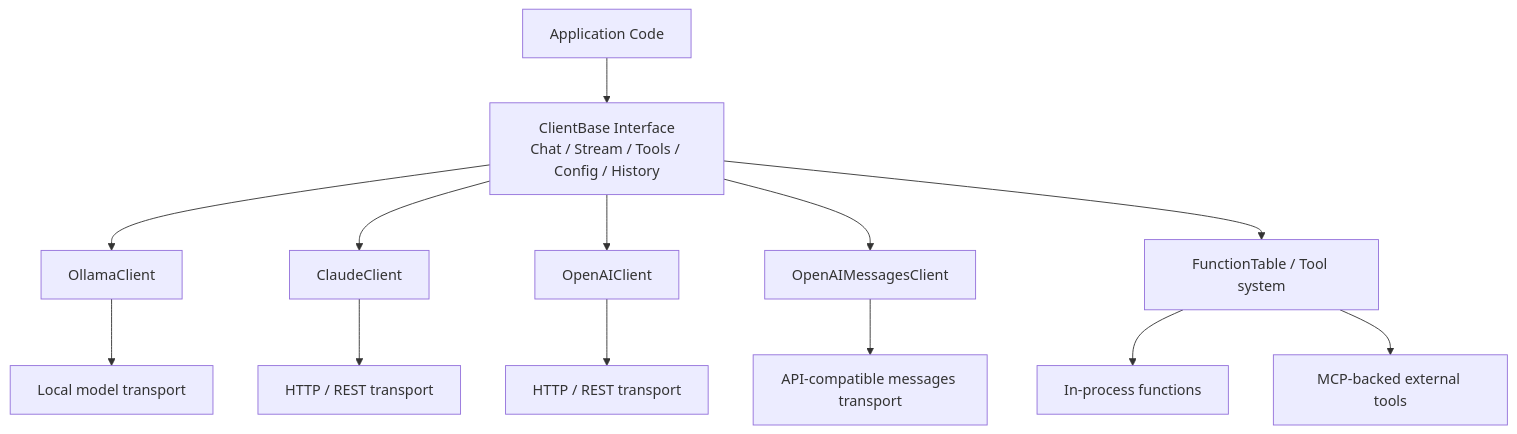
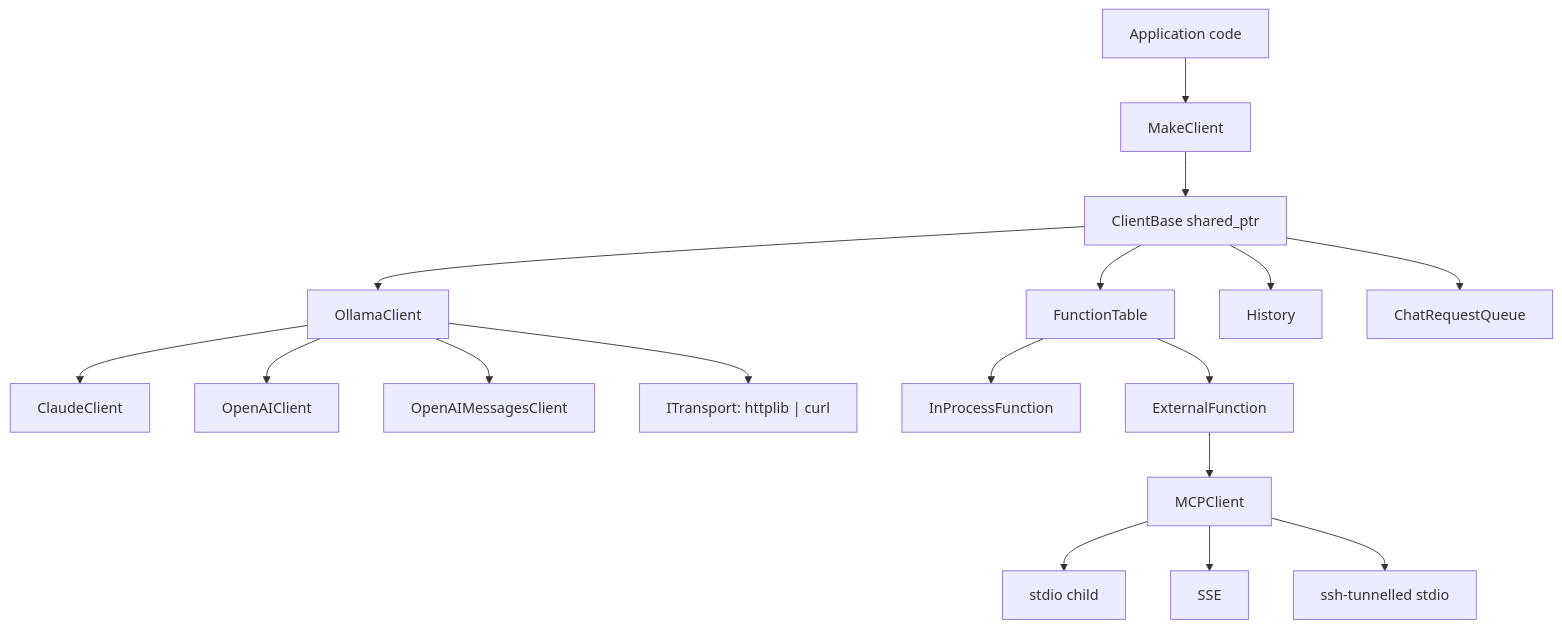
The diagram in README.md (eranif/assistant), drawn with Mermaid before and after one commit. The commit also changed other lines of this file and 9 other files, not shown here.

````diff
--- a/README.md
+++ b/README.md
@@ -96,17 +65,23 @@
 ```mermaid
-flowchart TD
-  App[Application Code] --> Base[ClientBase Interface\nChat / Stream / Tools / Config / History]
+flowchart TB
+  App[Application code] --> Factory[MakeClient]
+  Factory --> Base[ClientBase shared_ptr]
+
   Base --> Ollama[OllamaClient]
-  Base --> Claude[ClaudeClient]
-  Base --> OpenAI[OpenAIClient]
-  Base --> OpenAIMsg[OpenAIMessagesClient]
+  Ollama --> Claude[ClaudeClient]
+  Ollama --> OpenAI[OpenAIClient]
+  Ollama --> OpenAIMsg[OpenAIMessagesClient]
 
-  Ollama --> Local[Local model transport]
-  Claude --> HTTP1[HTTP / REST transport]
-  OpenAI --> HTTP2[HTTP / REST transport]
-  OpenAIMsg --> HTTP3[API-compatible messages transport]
+  Base --> FT[FunctionTable]
+  Base --> Hist[History]
+  Base --> Q[ChatRequestQueue]
 
-  Base --> Tools[FunctionTable / Tool system]
-  Tools --> InProc[In-process functions]
-  Tools --> MCP[MCP-backed external tools]
+  FT --> InProc[InProcessFunction]
+  FT --> External[ExternalFunction]
+  External --> MCP[MCPClient]
+  MCP --> Stdio[stdio child]
+  MCP --> SSE[SSE]
+  MCP --> SSH[ssh-tunnelled stdio]
+
+  Ollama --> Transport["ITransport: httplib | curl"]
 ```
````
